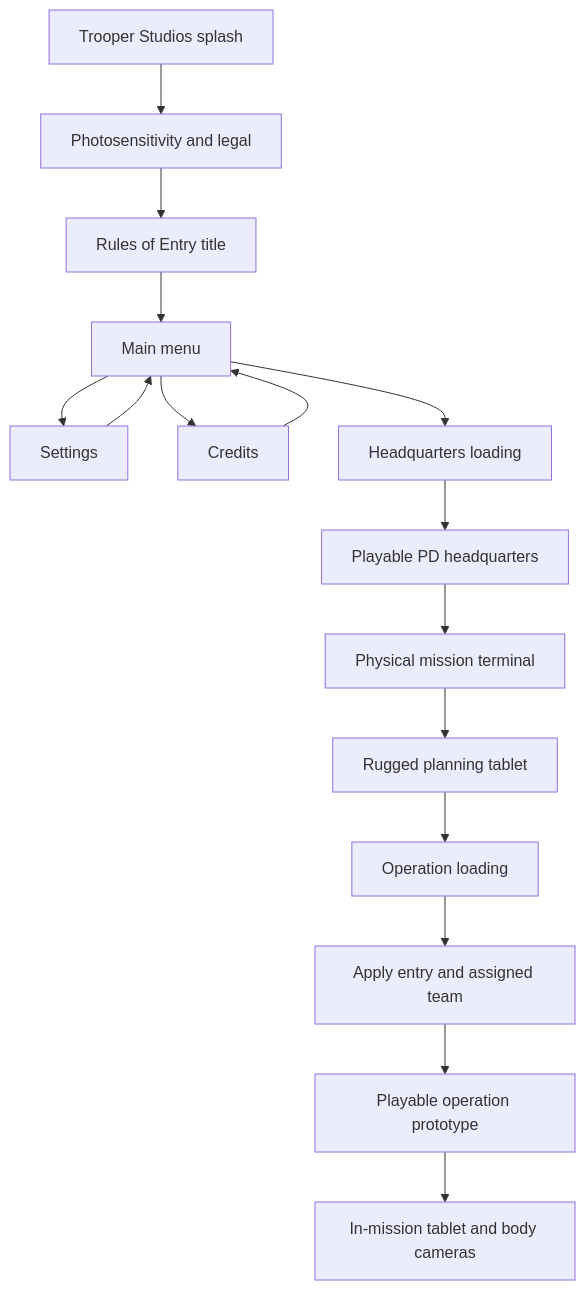
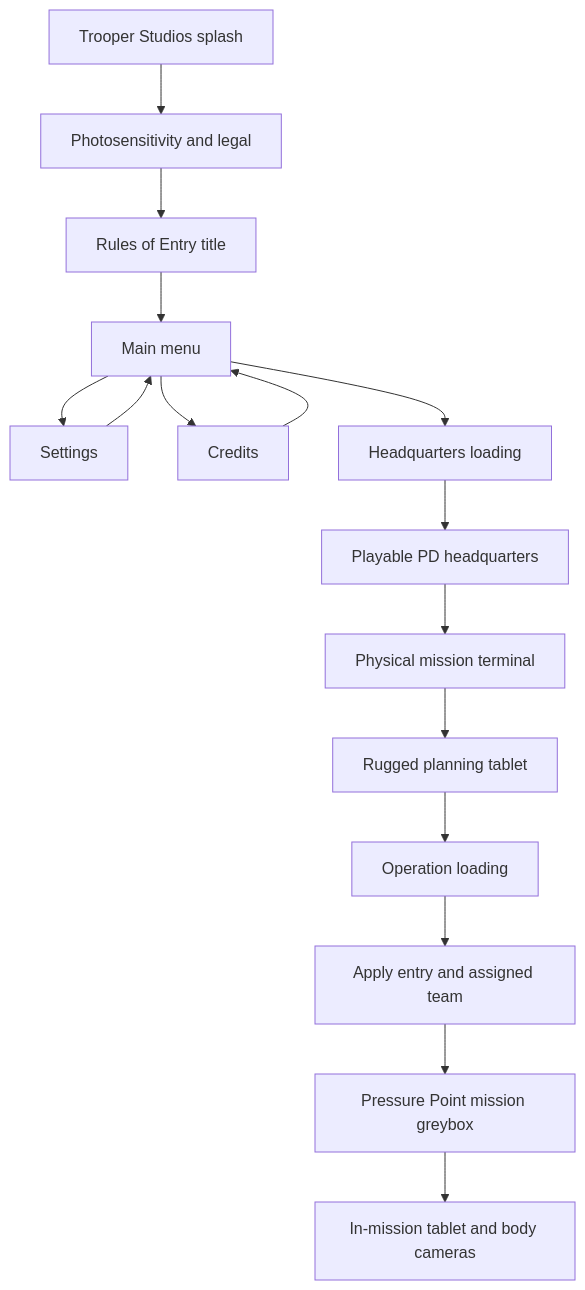
Before and after one commit to jaychase464-maker/RoE-v3: the diagram in SYSTEM_MAP.md, drawn with Mermaid. The commit also changed other lines of this file and 52 other files, not shown here.

Commit message:
Complete Milestone 7A Pressure Point mission greybox

````diff
--- a/SYSTEM_MAP.md
+++ b/SYSTEM_MAP.md
@@ -28,18 +39,18 @@
 ```mermaid
 flowchart TD
     Splash[Trooper Studios splash] --> Warning[Photosensitivity and legal]
     Warning --> Title[Rules of Entry title]
     Title --> Menu[Main menu]
     Menu --> Settings[Settings]
     Menu --> Credits[Credits]
     Settings --> Menu
     Credits --> Menu
     Menu --> HubLoad[Headquarters loading]
     HubLoad --> HQ[Playable PD headquarters]
     HQ --> Terminal[Physical mission terminal]
     Terminal --> Tablet[Rugged planning tablet]
     Tablet --> MissionLoad[Operation loading]
     MissionLoad --> Deploy[Apply entry and assigned team]
-    Deploy --> Prototype[Playable operation prototype]
+    Deploy --> Prototype[Pressure Point mission greybox]
     Prototype --> OpTablet[In-mission tablet and body cameras]
 ```
````
